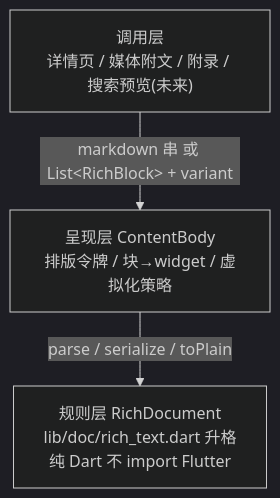
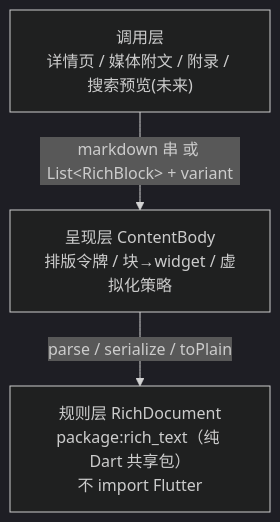
The diagram in docs/design/rich-text-component.md (loveheng/goodshare), drawn with Mermaid (dark theme) before and after one commit. The commit also changed 59 other files, not shown here.

First line of the commit message:
feat(rich-text): 接入 package:rich_text + 数学公式 LaTeX 渲染闭环

````diff
--- a/docs/design/rich-text-component.md
+++ b/docs/design/rich-text-component.md
@@ -23,5 +23,5 @@
 ```mermaid
 flowchart TD
     A["调用层<br/>详情页 / 媒体附文 / 附录 / 搜索预览(未来)"] -->|"markdown 串 或 List&lt;RichBlock&gt; + variant"| B["呈现层 ContentBody<br/>排版令牌 / 块→widget / 虚拟化策略"]
-    B -->|"parse / serialize / toPlain"| C["规则层 RichDocument<br/>lib/doc/rich_text.dart 升格<br/>纯 Dart 不 import Flutter"]
+    B -->|"parse / serialize / toPlain"| C["规则层 RichDocument<br/>package:rich_text（纯 Dart 共享包）<br/>不 import Flutter"]
 ```
````
